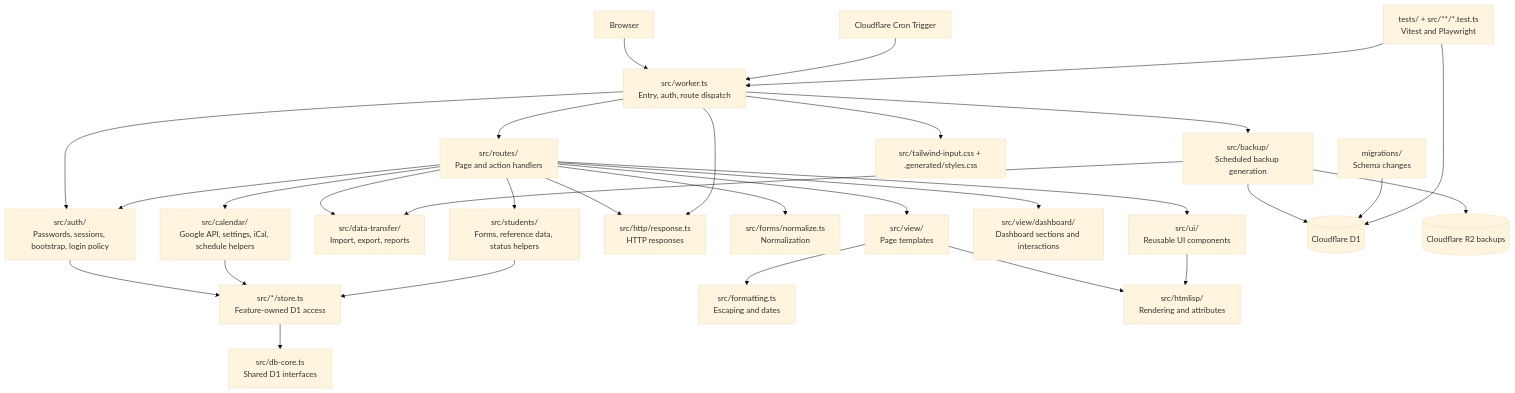
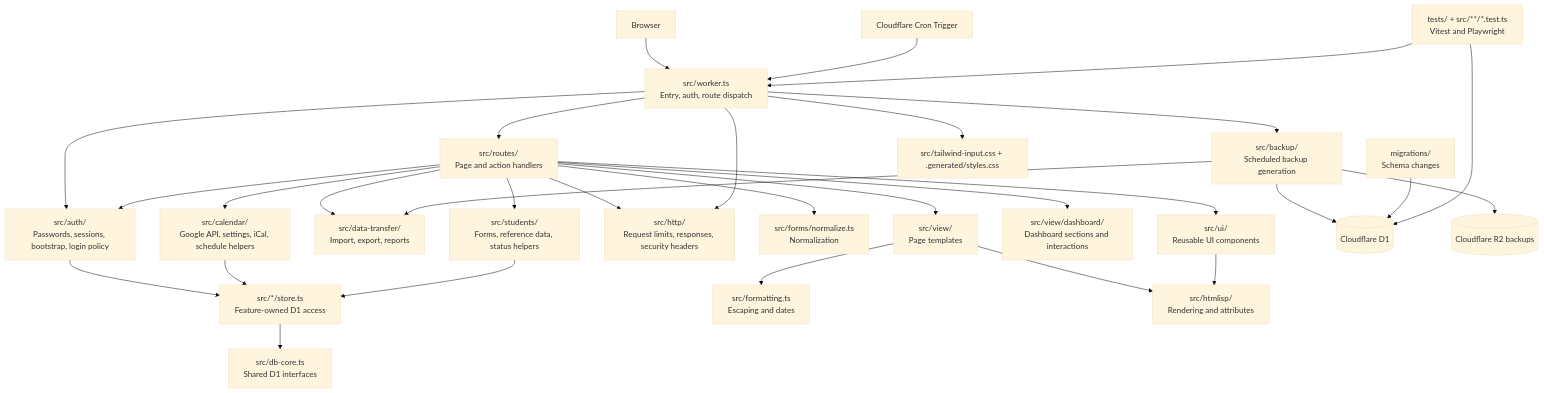
One commit to bebraw/thesis-journey-tracker changed the diagram in docs/project-structure.md. Above: the diagram before and after it, drawn with Mermaid (base theme). The commit also changed other lines of this file and 16 other files, not shown here.

Commit message:
fix(http): enforce browser security policy

````diff
--- a/docs/project-structure.md
+++ b/docs/project-structure.md
@@ -46,56 +46,56 @@
 ```mermaid
 graph TD
     Browser[Browser]
     Worker[src/worker.ts<br/>Entry, auth, route dispatch]
     Routes[src/routes/<br/>Page and action handlers]
     Auth[src/auth/<br/>Passwords, sessions, bootstrap, login policy]
     Calendar[src/calendar/<br/>Google API, settings, iCal, schedule helpers]
     DataTransfer[src/data-transfer/<br/>Import, export, reports]
     Students[src/students/<br/>Forms, reference data, status helpers]
     Stores[src/*/store.ts<br/>Feature-owned D1 access]
     DBCore[src/db-core.ts<br/>Shared D1 interfaces]
-    Http[src/http/response.ts<br/>HTTP responses]
+    Http[src/http/<br/>Request limits, responses, security headers]
     Forms[src/forms/normalize.ts<br/>Normalization]
     Formatting[src/formatting.ts<br/>Escaping and dates]
     HTMLisp[src/htmlisp/<br/>Rendering and attributes]
     Views[src/view/<br/>Page templates]
     Dashboard[src/view/dashboard/<br/>Dashboard sections and interactions]
     UI[src/ui/<br/>Reusable UI components]
     Backup[src/backup/<br/>Scheduled backup generation]
     D1[(Cloudflare D1)]
     R2[(Cloudflare R2 backups)]
     Migrations[migrations/<br/>Schema changes]
     Tests[tests/ + src/**/*.test.ts<br/>Vitest and Playwright]
     CSS[src/tailwind-input.css + .generated/styles.css]
     Cron[Cloudflare Cron Trigger]
 
     Browser --> Worker
     Worker --> Routes
     Worker --> Auth
     Routes --> Views
     Routes --> Dashboard
     Routes --> UI
     Routes --> Auth
     Routes --> Calendar
     Routes --> DataTransfer
     Routes --> Students
     Routes --> Http
     Routes --> Forms
     Auth --> Stores
     Calendar --> Stores
     Students --> Stores
     Stores --> DBCore
     Views --> HTMLisp
     UI --> HTMLisp
     Views --> Formatting
     Worker --> Backup
     Worker --> Http
     Worker --> CSS
     Cron --> Worker
     Backup --> D1
     Backup --> R2
     Backup --> DataTransfer
     Migrations --> D1
     Tests --> Worker
     Tests --> D1
 ```
````
